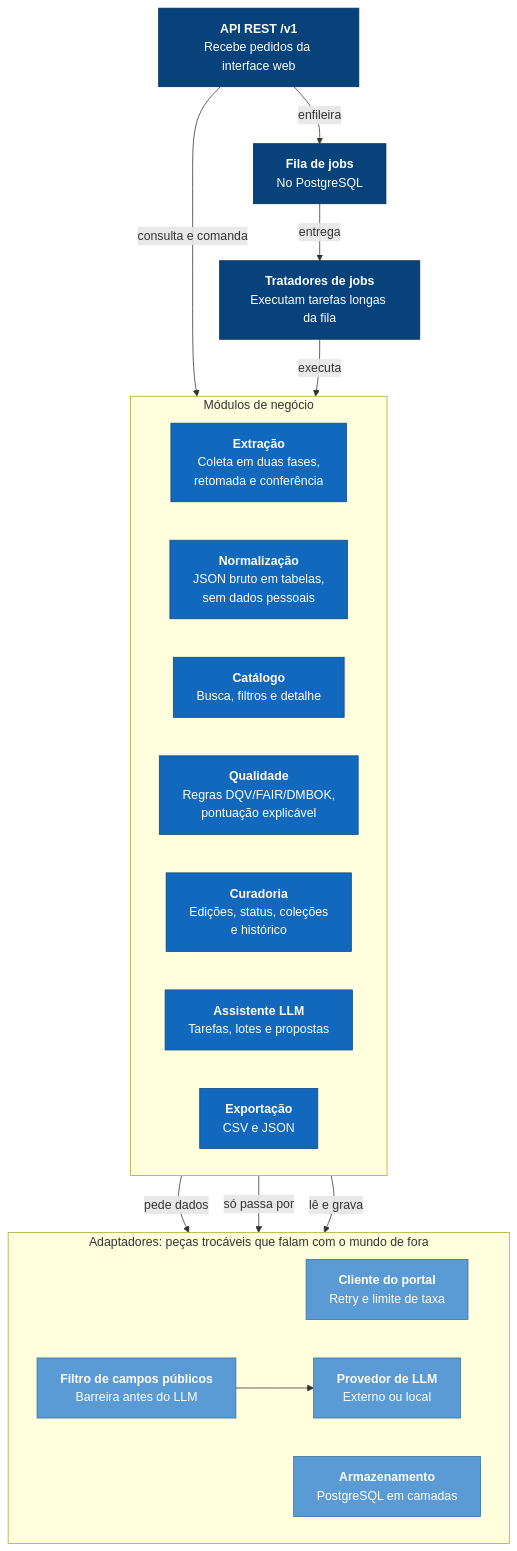
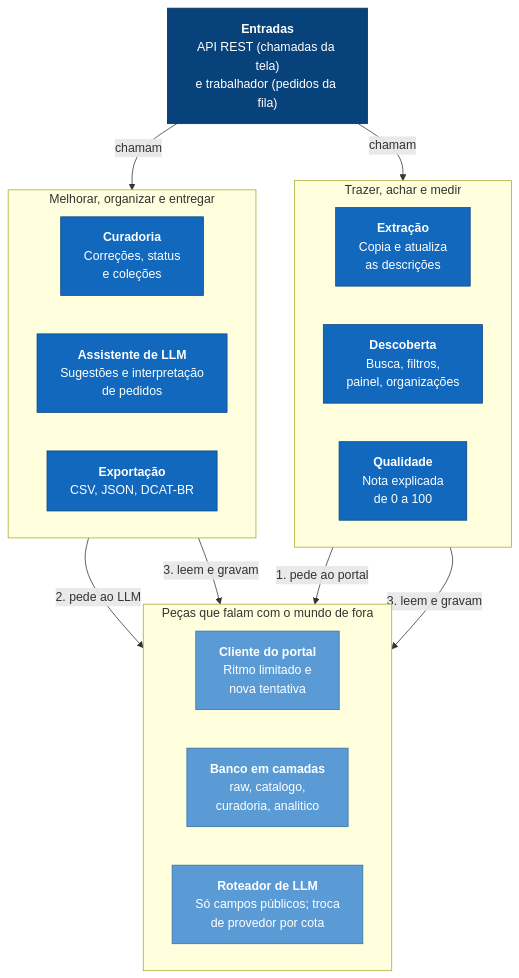
Before and after one commit to brhenbr/projeto_inspire: the diagram in docs/02-arquitetura/c3-componentes.md, drawn with Mermaid. The commit also changed other lines of this file and 10 other files, not shown here.

````diff
--- a/docs/02-arquitetura/c3-componentes.md
+++ b/docs/02-arquitetura/c3-componentes.md
@@ -11,41 +11,39 @@
 ```mermaid
 flowchart TB
-    rest["<b>API REST /v1</b><br/>Recebe pedidos da interface web"]
-    jobs["<b>Tratadores de jobs</b><br/>Executam tarefas longas da fila"]
-    fila["<b>Fila de jobs</b><br/>No PostgreSQL"]
+    entradas["<b>Entradas</b><br/>API REST (chamadas da tela)<br/>e trabalhador (pedidos da fila)"]
 
-    subgraph modulos["Módulos de negócio"]
+    subgraph m1["Trazer, achar e medir"]
         direction LR
-        extracao["<b>Extração</b><br/>Coleta em duas fases,<br/>retomada e conferência"]
-        normal["<b>Normalização</b><br/>JSON bruto em tabelas,<br/>sem dados pessoais"]
-        catalogo["<b>Catálogo</b><br/>Busca, filtros e detalhe"]
-        qualidade["<b>Qualidade</b><br/>Regras DQV/FAIR/DMBOK,<br/>pontuação explicável"]
-        curadoria["<b>Curadoria</b><br/>Edições, status, coleções<br/>e histórico"]
-        assistente["<b>Assistente LLM</b><br/>Tarefas, lotes e propostas"]
-        exporta["<b>Exportação</b><br/>CSV e JSON"]
+        extracao["<b>Extração</b><br/>Copia e atualiza<br/>as descrições"]
+        descoberta["<b>Descoberta</b><br/>Busca, filtros,<br/>painel, organizações"]
+        qualidade["<b>Qualidade</b><br/>Nota explicada<br/>de 0 a 100"]
     end
 
-    subgraph adaptadores["Adaptadores: peças trocáveis que falam com o mundo de fora"]
+    subgraph m2["Melhorar, organizar e entregar"]
         direction LR
-        cliente["<b>Cliente do portal</b><br/>Retry e limite de taxa"]
-        repos["<b>Armazenamento</b><br/>PostgreSQL em camadas"]
-        filtro["<b>Filtro de campos públicos</b><br/>Barreira antes do LLM"]
-        llm["<b>Provedor de LLM</b><br/>Externo ou local"]
+        curadoria["<b>Curadoria</b><br/>Correções, status<br/>e coleções"]
+        assistente["<b>Assistente de LLM</b><br/>Sugestões e interpretação<br/>de pedidos"]
+        exporta["<b>Exportação</b><br/>CSV, JSON, DCAT-BR"]
     end
 
-    rest -->|"enfileira"| fila
-    fila -->|"entrega"| jobs
-    rest -->|"consulta e comanda"| modulos
-    jobs -->|"executa"| modulos
-    extracao -->|"pede dados"| cliente
-    assistente -->|"só passa por"| filtro
-    filtro --> llm
-    modulos -->|"lê e grava"| repos
+    subgraph fora["Peças que falam com o mundo de fora"]
+        direction LR
+        cliente["<b>Cliente do portal</b><br/>Ritmo limitado e<br/>nova tentativa"]
+        banco["<b>Banco em camadas</b><br/>raw, catalogo,<br/>curadoria, analitico"]
+        gate["<b>Roteador de LLM</b><br/>Só campos públicos; troca<br/>de provedor por cota"]
+    end
 
+    entradas -->|"chamam"| m1
+    entradas -->|"chamam"| m2
+    extracao -->|"1. pede ao portal"| cliente
+    assistente -->|"2. pede ao LLM"| gate
+    m1 -->|"3. leem e gravam"| banco
+    m2 -->|"3. leem e gravam"| banco
+
+    classDef ent fill:#08427b,stroke:#052e56,color:#fff
     classDef mod fill:#1168bd,stroke:#0b4884,color:#fff
     classDef ada fill:#5b9bd5,stroke:#3a6fa0,color:#fff
-    classDef ent fill:#08427b,stroke:#052e56,color:#fff
-    class extracao,normal,catalogo,qualidade,curadoria,assistente,exporta mod
-    class cliente,repos,filtro,llm ada
-    class rest,jobs,fila ent
+    class entradas ent
+    class extracao,descoberta,qualidade,curadoria,assistente,exporta mod
+    class cliente,banco,gate ada
 ```
````
